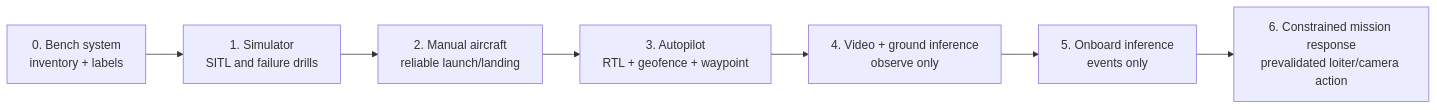
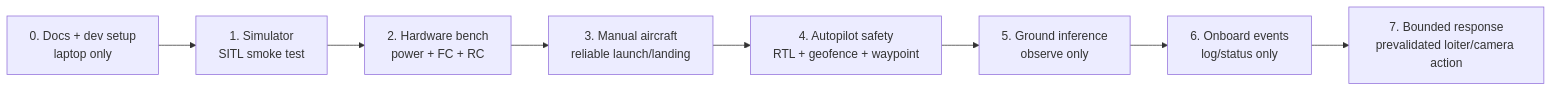
The diagram in docs/start/roadmap.md (matze298/self-flying-drone), drawn with Mermaid before and after one commit. The commit also changed other lines of this file and 15 other files, not shown here.

````diff
--- a/docs/start/roadmap.md
+++ b/docs/start/roadmap.md
@@ -5,9 +5,10 @@
 ```mermaid
 flowchart LR
-  M0[0. Bench system<br/>inventory + labels] --> M1[1. Simulator<br/>SITL and failure drills]
-  M1 --> M2[2. Manual aircraft<br/>reliable launch/landing]
-  M2 --> M3[3. Autopilot<br/>RTL + geofence + waypoint]
-  M3 --> M4[4. Video + ground inference<br/>observe only]
-  M4 --> M5[5. Onboard inference<br/>events only]
-  M5 --> M6[6. Constrained mission response<br/>prevalidated loiter/camera action]
+  M0[0. Docs + dev setup<br/>laptop only] --> M1[1. Simulator<br/>SITL smoke test]
+  M1 --> M2[2. Hardware bench<br/>power + FC + RC]
+  M2 --> M3[3. Manual aircraft<br/>reliable launch/landing]
+  M3 --> M4[4. Autopilot safety<br/>RTL + geofence + waypoint]
+  M4 --> M5[5. Ground inference<br/>observe only]
+  M5 --> M6[6. Onboard events<br/>log/status only]
+  M6 --> M7[7. Bounded response<br/>prevalidated loiter/camera action]
 ```
````
